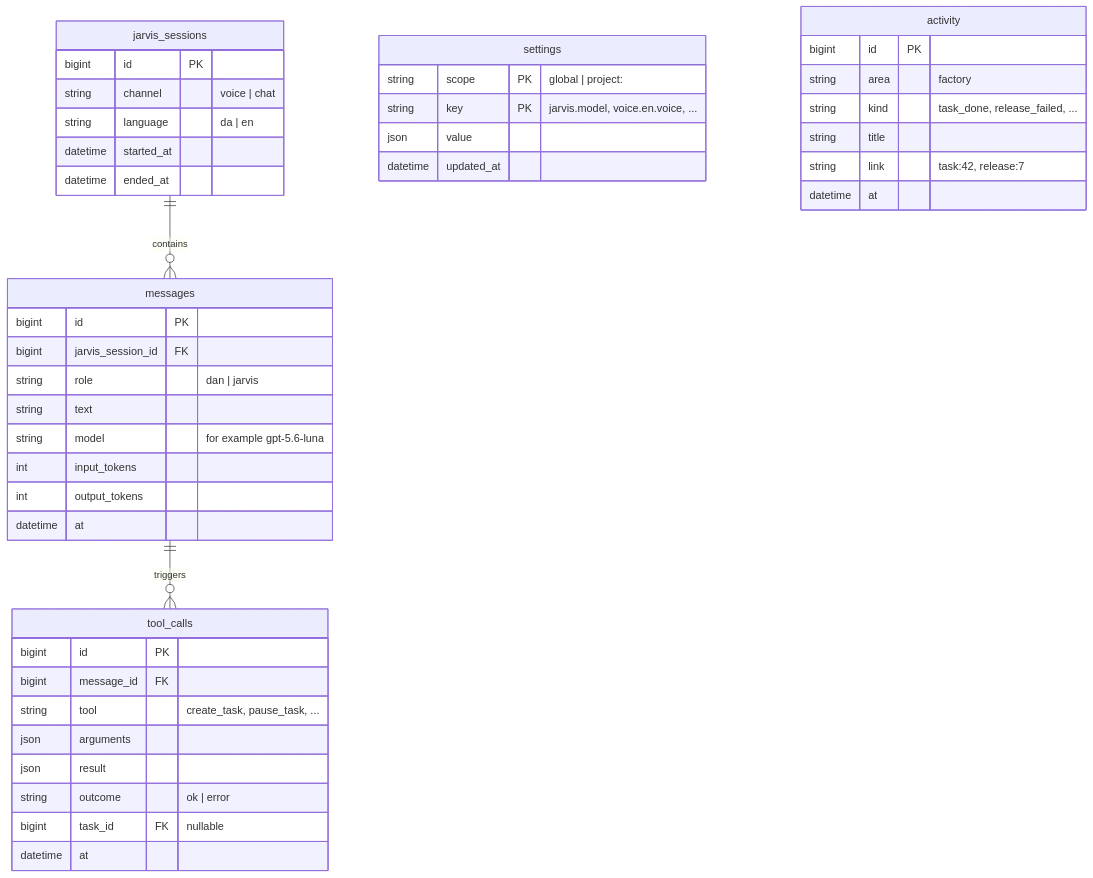
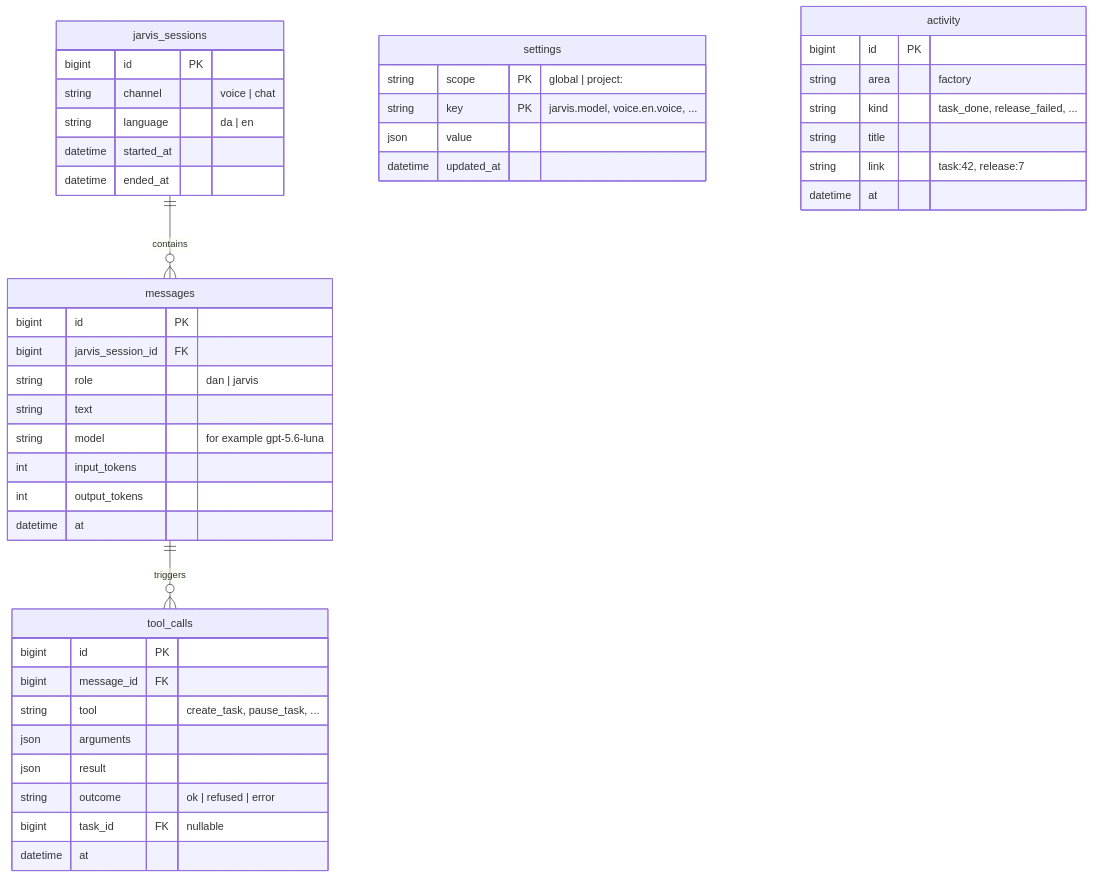
Before and after one commit to DanAakesen/jarvis: the second of 8 diagrams in docs/data-model.md, drawn with Mermaid. The commit also changed other lines of this file and 10 other files, not shown here.

````diff
--- a/docs/data-model.md
+++ b/docs/data-model.md
@@ -81,46 +81,46 @@
 ```mermaid
 erDiagram
     jarvis_sessions ||--o{ messages : contains
     messages ||--o{ tool_calls : triggers
     jarvis_sessions {
         bigint id PK
         string channel "voice | chat"
         string language "da | en"
         datetime started_at
         datetime ended_at
     }
     messages {
         bigint id PK
         bigint jarvis_session_id FK
         string role "dan | jarvis"
         string text
         string model "for example gpt-5.6-luna"
         int input_tokens
         int output_tokens
         datetime at
     }
     tool_calls {
         bigint id PK
         bigint message_id FK
         string tool "create_task, pause_task, ..."
         json arguments
         json result
-        string outcome "ok | error"
+        string outcome "ok | refused | error"
         bigint task_id FK "nullable"
         datetime at
     }
     settings {
         string scope PK "global | project:<id>"
         string key PK "jarvis.model, voice.en.voice, ..."
         json value
         datetime updated_at
     }
     activity {
         bigint id PK
         string area "factory"
         string kind "task_done, release_failed, ..."
         string title
         string link "task:42, release:7"
         datetime at
     }
 ```
````
